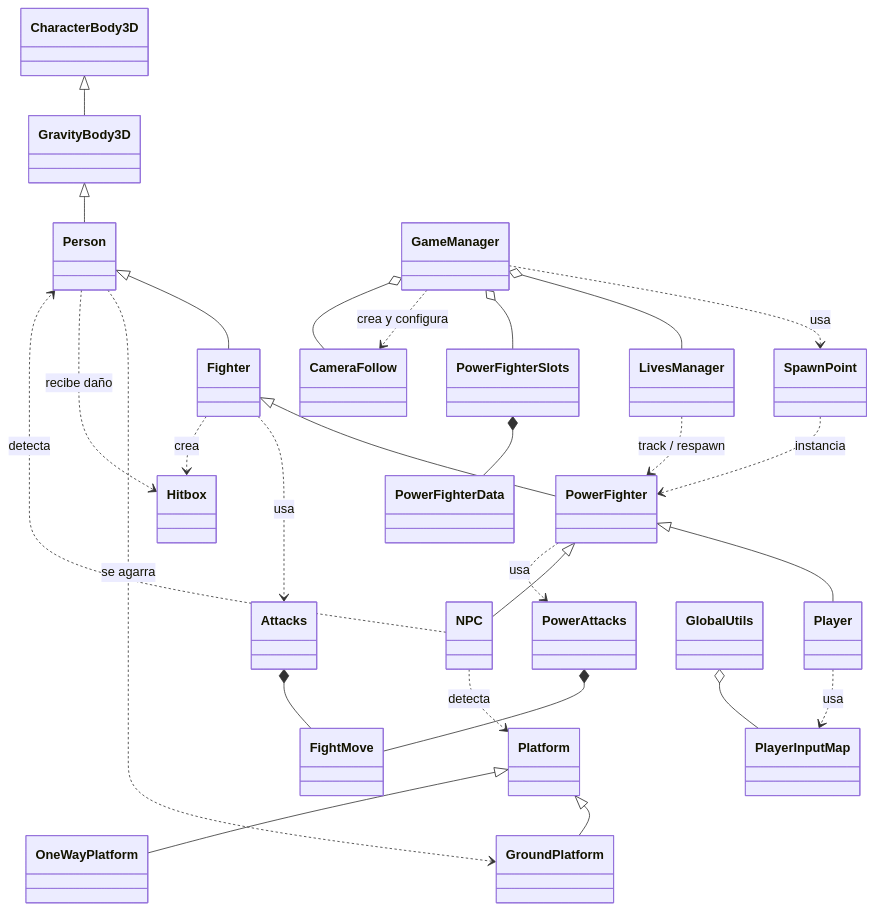
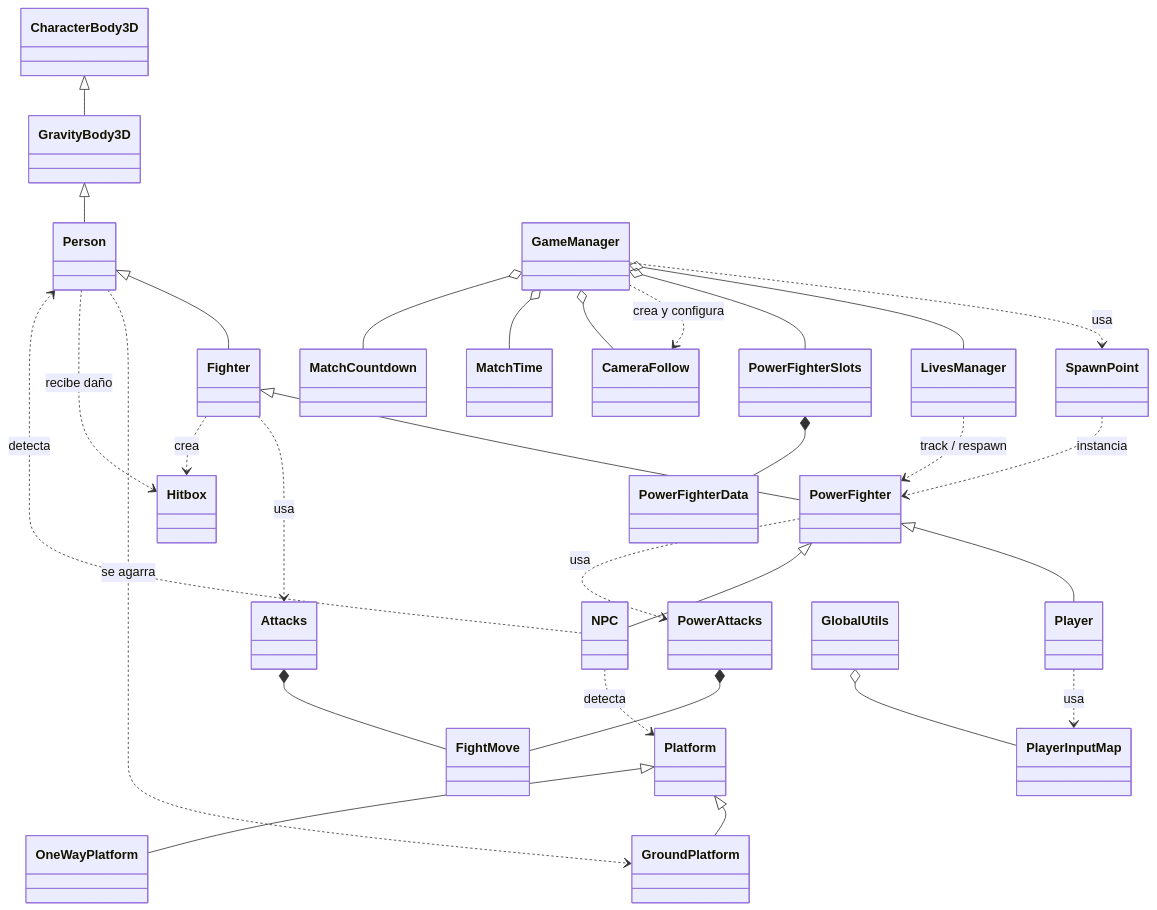
One commit to CocoMarck/SuperSmashTux changed the diagram in docs/arquitectura/uml-arquitectura.md. Above: the diagram before and after it, drawn with Mermaid. The commit also changed other lines of this file and 8 other files, not shown here.

Commit message:
Actualización de documentos refernete a MatchTime, y MatchCountdown. Start en partida debug hardcodeada.

````diff
--- a/docs/arquitectura/uml-arquitectura.md
+++ b/docs/arquitectura/uml-arquitectura.md
@@ -13,34 +13,36 @@
 ```mermaid
 classDiagram
 	direction TB
 
 	CharacterBody3D <|-- GravityBody3D
 	GravityBody3D <|-- Person
 	Person <|-- Fighter
 	Fighter <|-- PowerFighter
 	PowerFighter <|-- Player
 	PowerFighter <|-- NPC
 
 	Platform <|-- GroundPlatform
 	Platform <|-- OneWayPlatform
 
 	Person ..> GroundPlatform : se agarra
 	Fighter ..> Attacks : usa
 	Attacks *-- FightMove
 	Fighter ..> Hitbox : crea
 	PowerFighter ..> PowerAttacks : usa
 	PowerAttacks *-- FightMove
 	NPC ..> Platform : detecta
 	NPC ..> Person : detecta
 	Person ..> Hitbox : recibe daño
 	Player ..> PlayerInputMap : usa
 	GlobalUtils o-- PlayerInputMap
 	SpawnPoint ..> PowerFighter : instancia
 	GameManager ..> SpawnPoint : usa
 	GameManager o-- LivesManager
 	LivesManager ..> PowerFighter : track / respawn
 	GameManager o-- PowerFighterSlots
 	PowerFighterSlots *-- PowerFighterData
 	GameManager ..> CameraFollow : crea y configura
 	GameManager o-- CameraFollow
+	GameManager o-- MatchTime
+	GameManager o-- MatchCountdown
 ```
````
